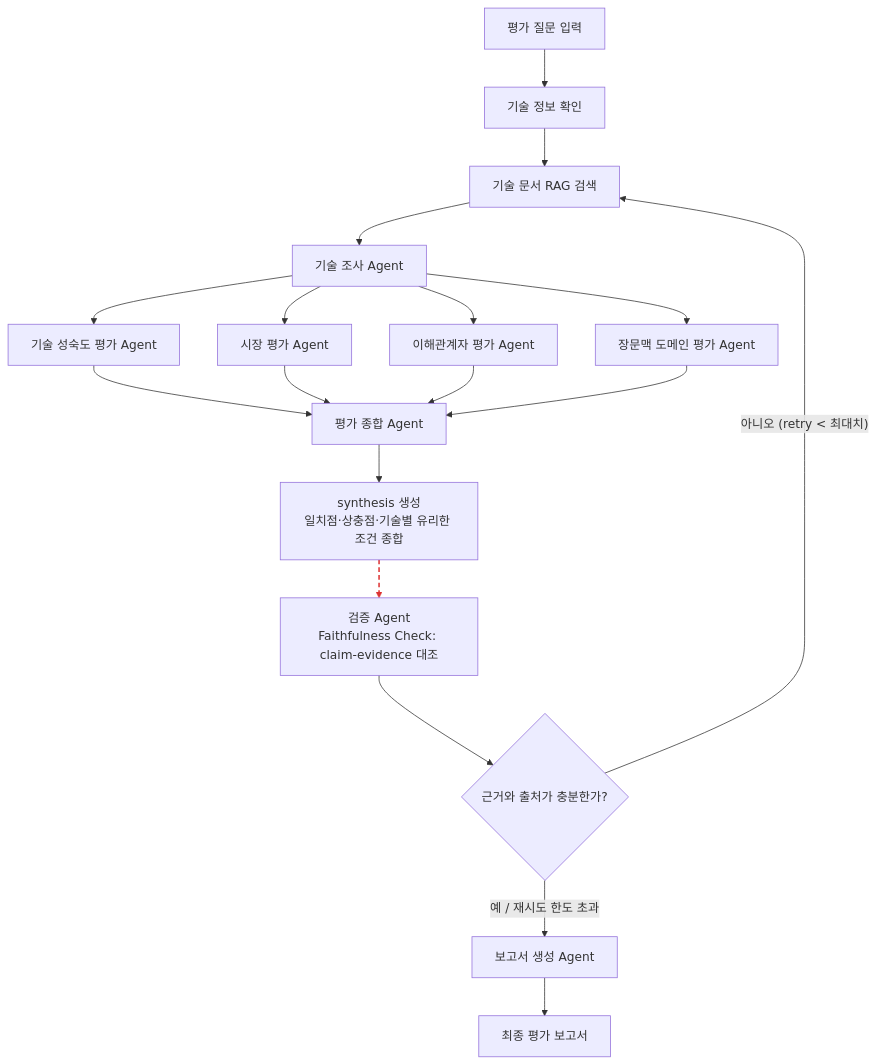
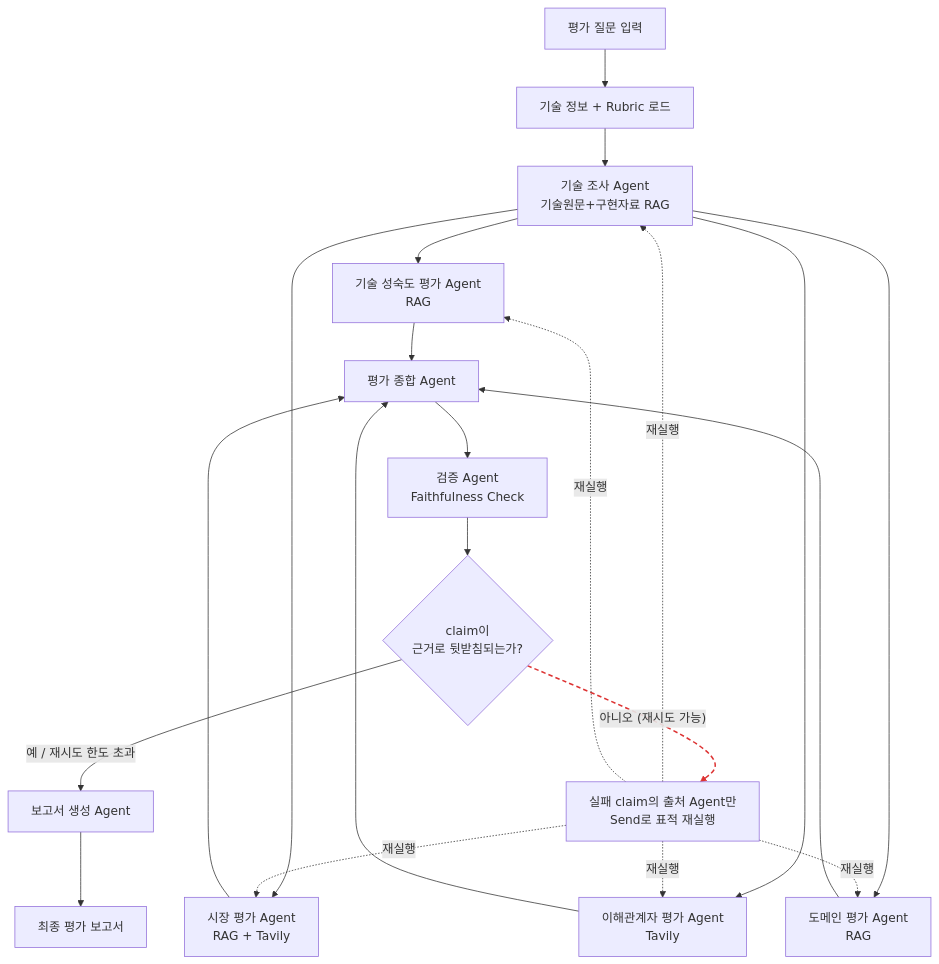
Before and after one commit to SKALA-SAJO/kv_cache_rag_multi_agent: the diagram in README.md, drawn with Mermaid. The commit also changed other lines of this file, not shown here.

````diff
--- a/README.md
+++ b/README.md
@@ -64,25 +86,28 @@
 ```mermaid
 flowchart TD
-    A[평가 질문 입력] --> B[기술 정보 확인]
-    B --> C[기술 문서 RAG 검색]
-    C --> D[기술 조사 Agent]
+    A[평가 질문 입력] --> B[기술 정보 + Rubric 로드]
+    B --> C[기술 조사 Agent<br/>기술원문+구현자료 RAG]
 
-    D --> E[기술 성숙도 평가 Agent]
-    D --> F[시장 평가 Agent]
-    D --> G[이해관계자 평가 Agent]
-    D --> H[장문맥 도메인 평가 Agent]
+    C --> E[기술 성숙도 평가 Agent<br/>RAG]
+    C --> F[시장 평가 Agent<br/>RAG + Tavily]
+    C --> G[이해관계자 평가 Agent<br/>Tavily]
+    C --> H[도메인 평가 Agent<br/>RAG]
 
     E --> I[평가 종합 Agent]
     F --> I
     G --> I
     H --> I
 
-    I --> S[synthesis 생성<br/>일치점·상충점·기술별 유리한 조건 종합]
-    S --> V[검증 Agent<br/>Faithfulness Check: claim-evidence 대조]
-    V --> J{근거와 출처가 충분한가?}
-    J -- 아니오 (retry < 최대치) --> C
+    I --> V[검증 Agent<br/>Faithfulness Check]
+    V --> J{claim이<br/>근거로 뒷받침되는가?}
     J -- 예 / 재시도 한도 초과 --> K[보고서 생성 Agent]
+    J -- 아니오 (재시도 가능) --> R[실패 claim의 출처 Agent만<br/>Send로 표적 재실행]
+    R -.재실행.-> C
+    R -.재실행.-> E
+    R -.재실행.-> F
+    R -.재실행.-> G
+    R -.재실행.-> H
     K --> L[최종 평가 보고서]
 
-    linkStyle 12 stroke:#d33,stroke-width:2px,stroke-dasharray: 6 4
+    linkStyle 13 stroke:#d33,stroke-width:2px,stroke-dasharray: 6 4
 ```
````
